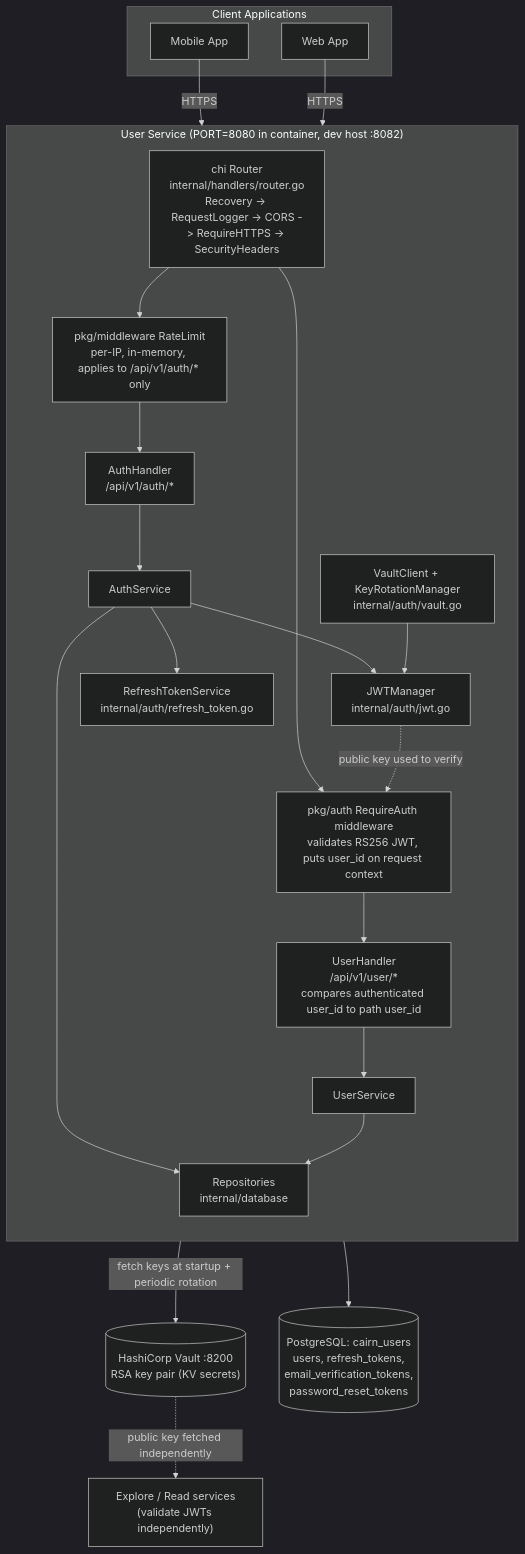
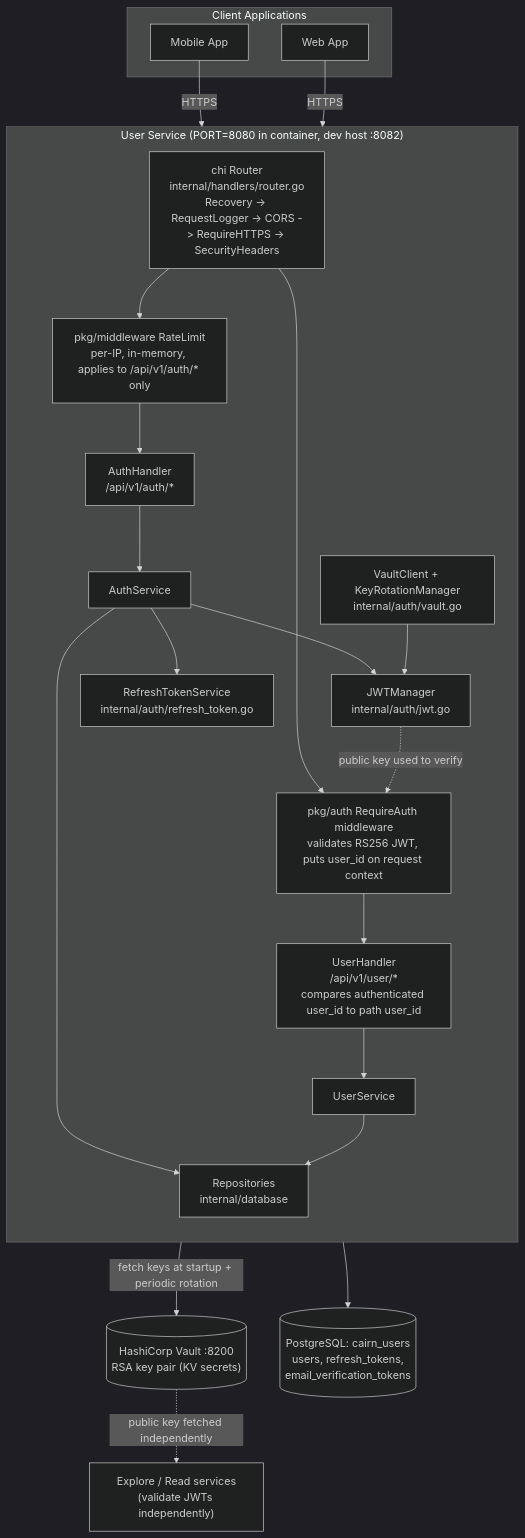
Before and after one commit to andrew-craig/cairn-reader: the fourth of 9 diagrams in docs/ARCHITECTURE.md, drawn with Mermaid (dark theme). The commit also changed other lines of this file and 19 other files, not shown here.

Commit message:
[H3+H4] Remove password-reset routes instead of leaving them half-working (#333)

````diff
--- a/docs/ARCHITECTURE.md
+++ b/docs/ARCHITECTURE.md
@@ -323,42 +323,42 @@
 ```mermaid
 flowchart TD
     subgraph Clients["Client Applications"]
         MobileApp["Mobile App"]
         WebApp["Web App"]
     end
 
     subgraph US["User Service (PORT=8080 in container, dev host :8082)"]
         direction TB
         Router["chi Router<br/>internal/handlers/router.go<br/>Recovery -> RequestLogger -> CORS -> RequireHTTPS -> SecurityHeaders"]
         RateLimiter["pkg/middleware RateLimit<br/>per-IP, in-memory, applies to /api/v1/auth/* only"]
         AuthMW["pkg/auth RequireAuth middleware<br/>validates RS256 JWT, puts user_id on request context"]
         AuthHandler["AuthHandler<br/>/api/v1/auth/*"]
         UserHandler["UserHandler<br/>/api/v1/user/*<br/>compares authenticated user_id to path user_id"]
         AuthService["AuthService"]
         UserServiceComp["UserService"]
         JWTManager["JWTManager<br/>internal/auth/jwt.go"]
         RefreshTokenService["RefreshTokenService<br/>internal/auth/refresh_token.go"]
         VaultClient["VaultClient + KeyRotationManager<br/>internal/auth/vault.go"]
         Repositories["Repositories<br/>internal/database"]
     end
 
     VaultStore[("HashiCorp Vault :8200<br/>RSA key pair (KV secrets)")]
-    DB[("PostgreSQL: cairn_users<br/>users, refresh_tokens,<br/>email_verification_tokens,<br/>password_reset_tokens")]
+    DB[("PostgreSQL: cairn_users<br/>users, refresh_tokens,<br/>email_verification_tokens")]
     OtherSvcs["Explore / Read services<br/>(validate JWTs independently)"]
 
     MobileApp -- HTTPS --> Router
     WebApp -- HTTPS --> Router
     Router --> RateLimiter --> AuthHandler
     Router --> AuthMW --> UserHandler
     AuthHandler --> AuthService
     UserHandler --> UserServiceComp
     AuthService --> JWTManager
     AuthService --> RefreshTokenService
     AuthService --> Repositories
     UserServiceComp --> Repositories
     Repositories --> DB
     VaultClient -- fetch keys at startup + periodic rotation --> VaultStore
     VaultClient --> JWTManager
     JWTManager -. public key used to verify .-> AuthMW
     VaultStore -. public key fetched independently .-> OtherSvcs
 ```
````
